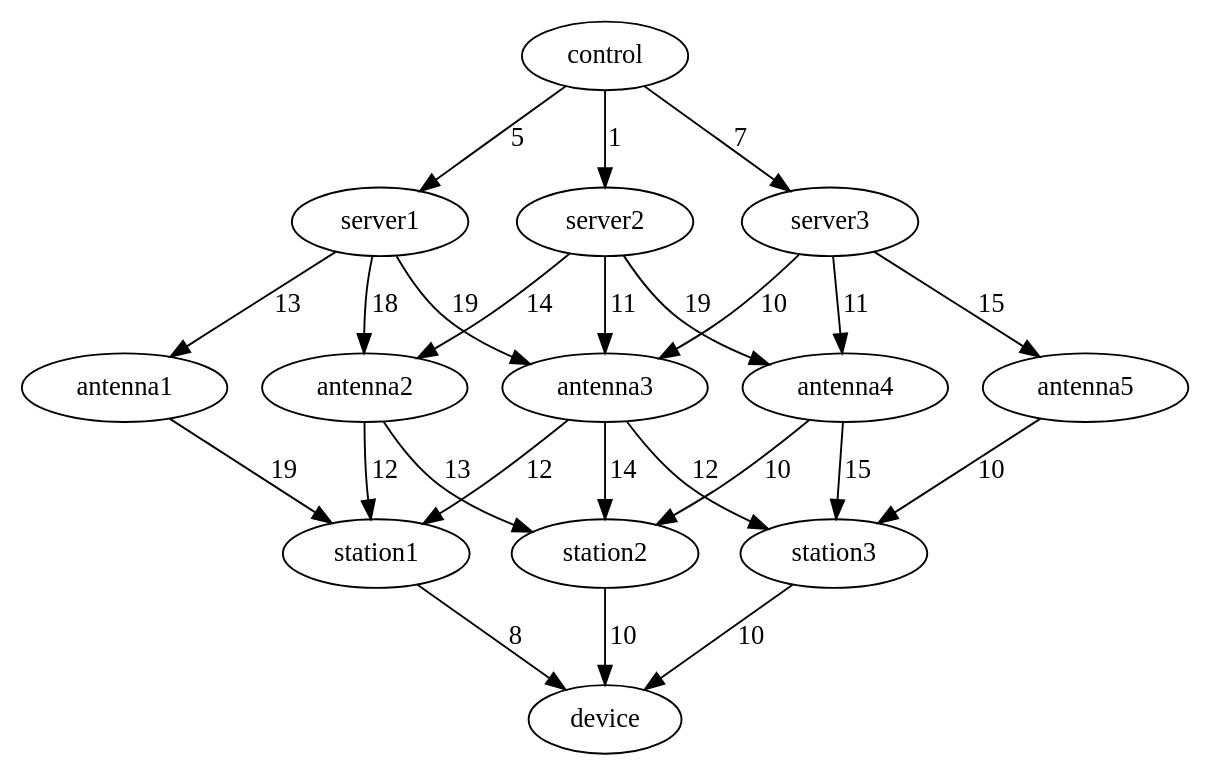
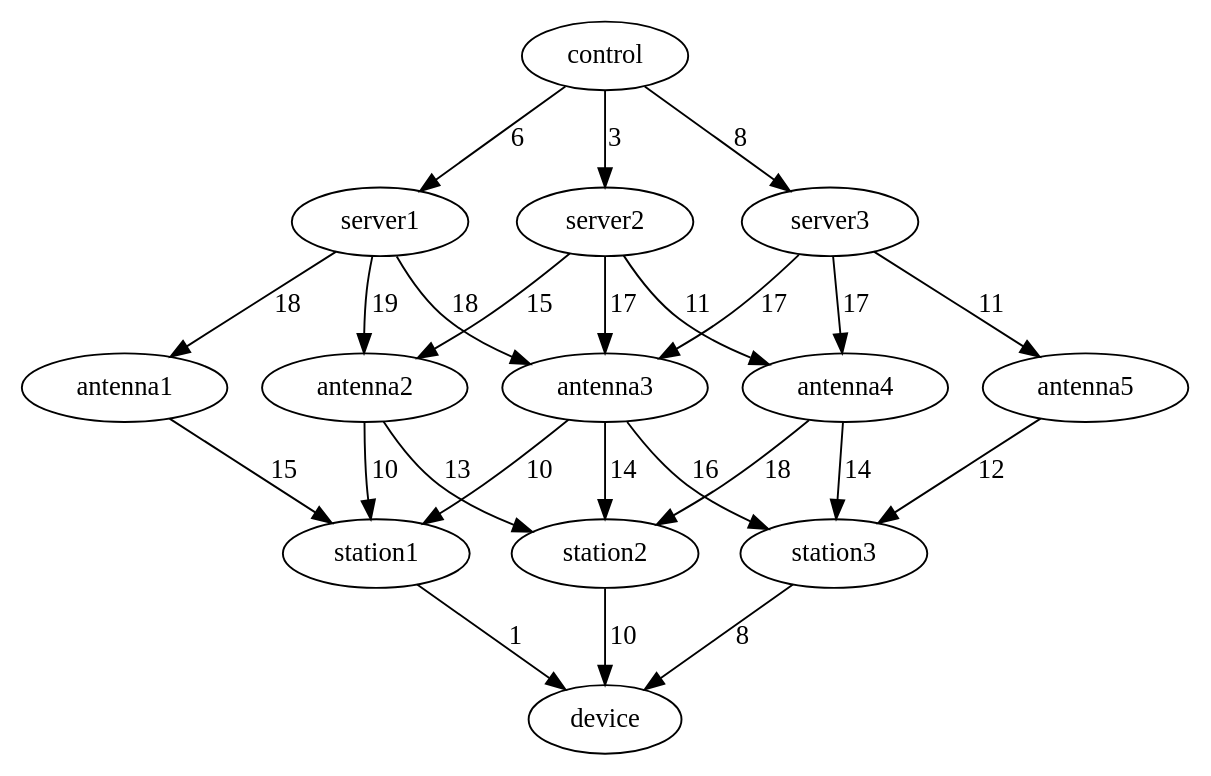
The diagram in Assignments/rover_netwrok.dot (MadcowD/CS2420), drawn with Graphviz before and after one commit. The commit also changed 21 other files, not shown here.

```diff
--- a/Assignments/rover_netwrok.dot
+++ b/Assignments/rover_netwrok.dot
@@ -1,26 +1,26 @@
 digraph G {
-	control->server1 [label=5]
-	server1->antenna1 [label=13]
-	server1->antenna2 [label=18]
-	server1->antenna3 [label=19]
-	control->server2 [label=1]
-	server2->antenna2 [label=14]
-	server2->antenna3 [label=11]
-	server2->antenna4 [label=19]
-	control->server3 [label=7]
-	server3->antenna3 [label=10]
-	server3->antenna4 [label=11]
-	server3->antenna5 [label=15]
-	antenna1->station1 [label=19]
-	antenna2->station1 [label=12]
-	antenna3->station1 [label=12]
-	station1->device [label=8]
+	control->server1 [label=6]
+	server1->antenna1 [label=18]
+	server1->antenna2 [label=19]
+	server1->antenna3 [label=18]
+	control->server2 [label=3]
+	server2->antenna2 [label=15]
+	server2->antenna3 [label=17]
+	server2->antenna4 [label=11]
+	control->server3 [label=8]
+	server3->antenna3 [label=17]
+	server3->antenna4 [label=17]
+	server3->antenna5 [label=11]
+	antenna1->station1 [label=15]
+	antenna2->station1 [label=10]
+	antenna3->station1 [label=10]
+	station1->device [label=1]
 	antenna2->station2 [label=13]
 	antenna3->station2 [label=14]
-	antenna4->station2 [label=10]
+	antenna4->station2 [label=18]
 	station2->device [label=10]
-	antenna3->station3 [label=12]
-	antenna4->station3 [label=15]
-	antenna5->station3 [label=10]
-	station3->device [label=10]
+	antenna3->station3 [label=16]
+	antenna4->station3 [label=14]
+	antenna5->station3 [label=12]
+	station3->device [label=8]
 }
```
